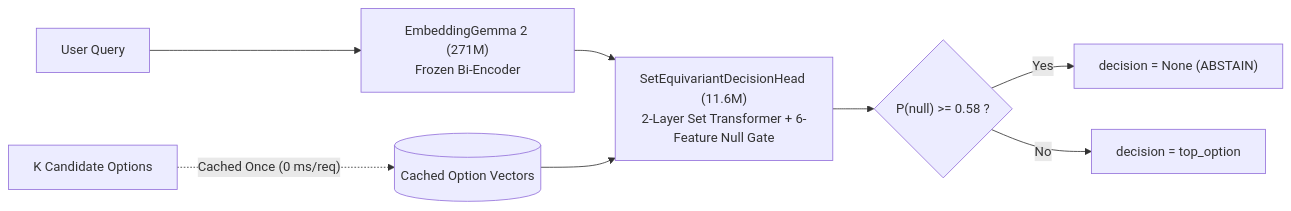
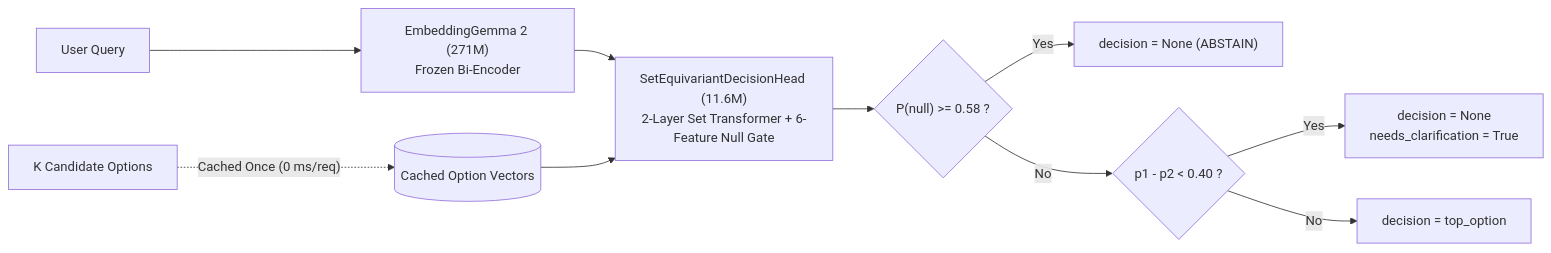
One commit to Ajeetkrup/gemmarouter changed the diagram in README.md. Above: the diagram before and after it, drawn with Mermaid. The commit also changed other lines of this file and 8 other files, not shown here.

Commit message:
Release v0.1.1: Add ambiguous twin-collision clarification gate (margin_threshold=0.40) and industrial multi-domain benchmark UI

````diff
--- a/README.md
+++ b/README.md
@@ -112,10 +113,12 @@
 ```mermaid
 flowchart LR
     Q["User Query"] --> Enc["EmbeddingGemma 2 (271M)<br/>Frozen Bi-Encoder"]
     O["K Candidate Options"] -.->|"Cached Once (0 ms/req)"| Cache[("Cached Option Vectors")]
     Enc --> Head["SetEquivariantDecisionHead (11.6M)<br/>2-Layer Set Transformer + 6-Feature Null Gate"]
     Cache --> Head
     Head --> Out{"P(null) >= 0.58 ?"}
     Out -->|"Yes"| Abstain["decision = None (ABSTAIN)"]
-    Out -->|"No"| Route["decision = top_option"]
+    Out -->|"No"| Margin{"p1 - p2 < 0.40 ?"}
+    Margin -->|"Yes"| Clarify["decision = None<br/>needs_clarification = True"]
+    Margin -->|"No"| Route["decision = top_option"]
 ```
````
